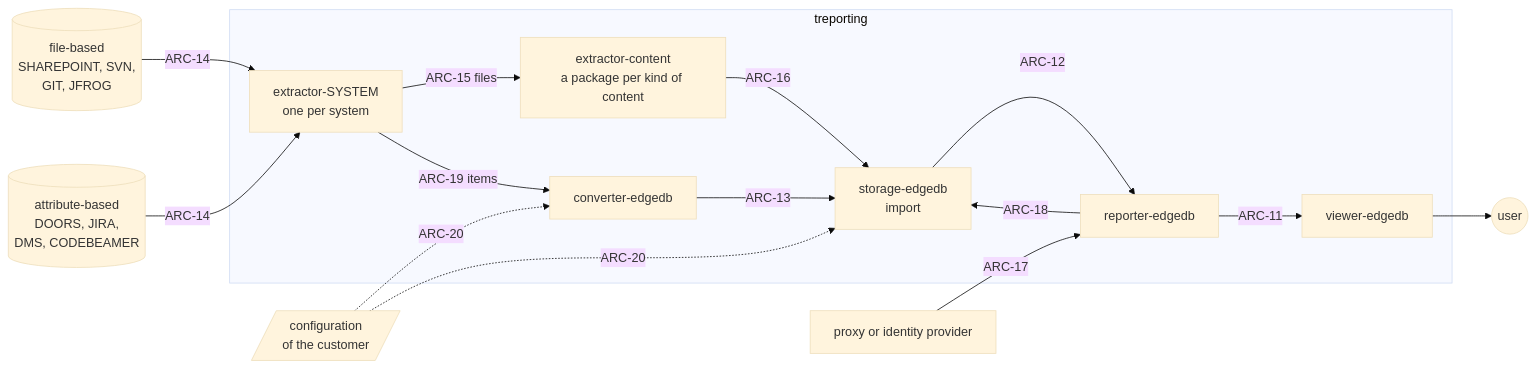
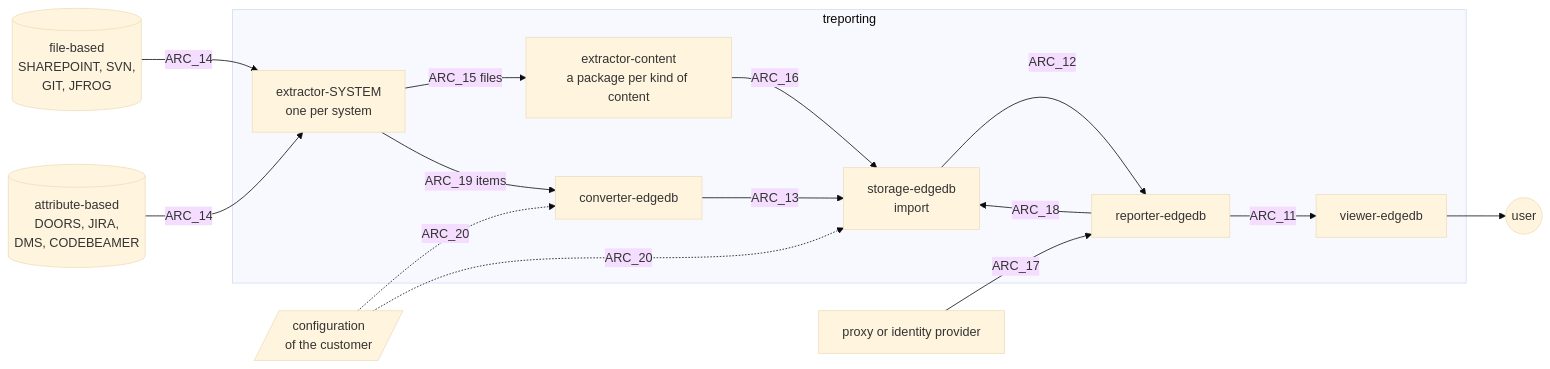
The diagram in architecture/system-architecture.md (treporting/specs-and-deploy), drawn with Mermaid (base theme) before and after one commit. The commit also changed other lines of this file and 124 other files, not shown here.

````diff
--- a/architecture/system-architecture.md
+++ b/architecture/system-architecture.md
@@ -35,31 +35,31 @@
 ```mermaid
 flowchart LR
   files[(file-based<br>SHAREPOINT, SVN,<br>GIT, JFROG)]
   attrs[(attribute-based<br>DOORS, JIRA,<br>DMS, CODEBEAMER)]
   conf[/configuration<br>of the customer/]
   idp[proxy or identity provider]
   user((user))
 
   subgraph treporting
     exsys[extractor-SYSTEM<br>one per system]
     excon[extractor-content<br>a package per kind of content]
     conv[converter-edgedb]
     stor[storage-edgedb<br>import]
     rep[reporter-edgedb]
     view[viewer-edgedb]
   end
 
-  files -- ARC-14 --> exsys
-  attrs -- ARC-14 --> exsys
-  exsys -- ARC-15 files --> excon
-  exsys -- ARC-19 items --> conv
-  conf -. ARC-20 .-> conv
-  conf -. ARC-20 .-> stor
-  excon -- ARC-16 --> stor
-  conv -- ARC-13 --> stor
-  stor -- ARC-12 --> rep
-  rep -- ARC-11 --> view
+  files -- ARC_14 --> exsys
+  attrs -- ARC_14 --> exsys
+  exsys -- ARC_15 files --> excon
+  exsys -- ARC_19 items --> conv
+  conf -. ARC_20 .-> conv
+  conf -. ARC_20 .-> stor
+  excon -- ARC_16 --> stor
+  conv -- ARC_13 --> stor
+  stor -- ARC_12 --> rep
+  rep -- ARC_11 --> view
   view --> user
-  idp -- ARC-17 --> rep
-  rep -- ARC-18 --> stor
+  idp -- ARC_17 --> rep
+  rep -- ARC_18 --> stor
 ```
````
